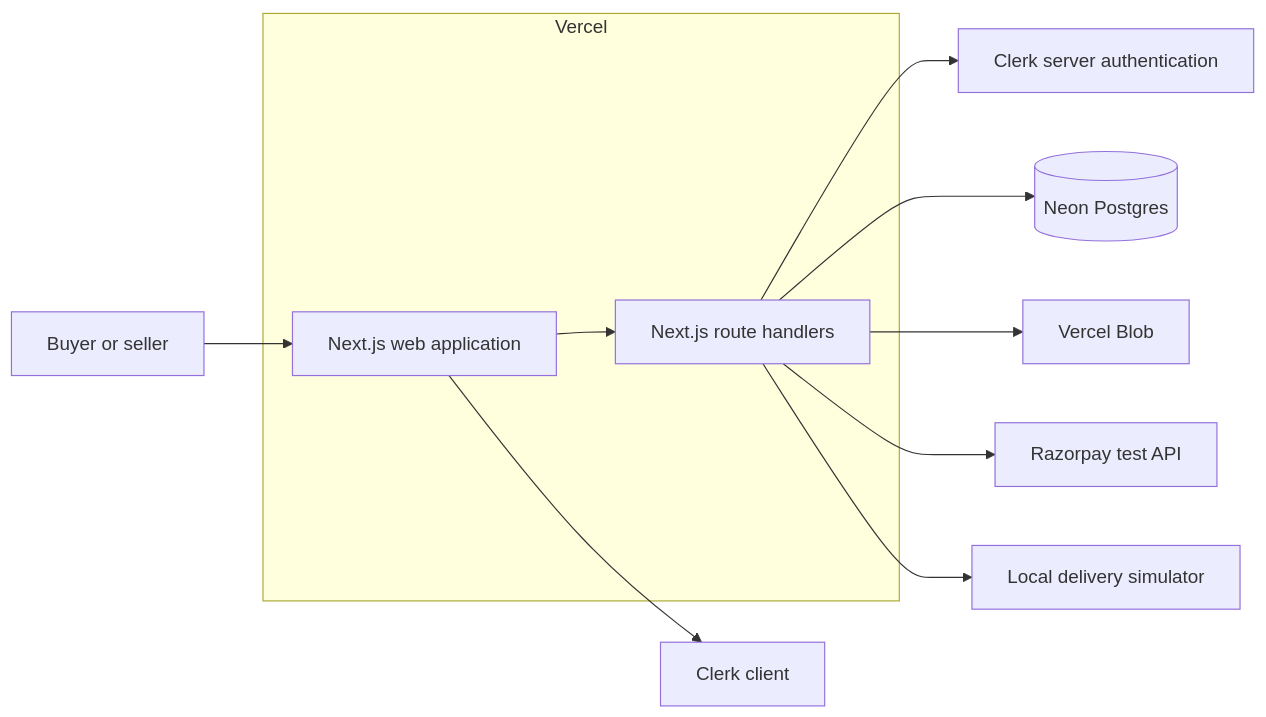
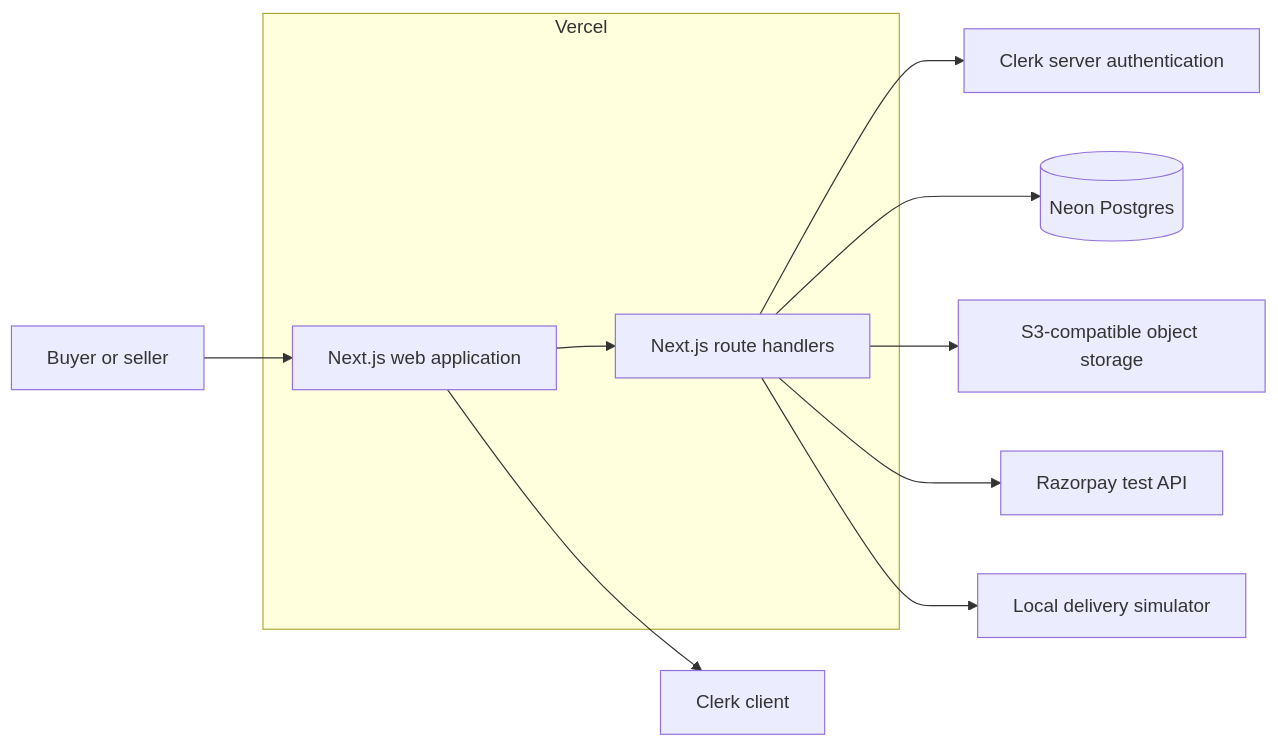
Before and after one commit to mhrj7/VyapaarCart: the first of 4 diagrams in README.md, drawn with Mermaid. The commit also changed other lines of this file and 11 other files, not shown here.

Commit message:
Use S3-compatible storage for listing images

````diff
--- a/README.md
+++ b/README.md
@@ -26,16 +26,16 @@
 ```mermaid
 flowchart LR
   U[Buyer or seller] --> W[Next.js web application]
   W --> A[Next.js route handlers]
   W --> C[Clerk client]
   A --> C2[Clerk server authentication]
   A --> D[(Neon Postgres)]
-  A --> B[Vercel Blob]
+  A --> B[S3-compatible object storage]
   A --> R[Razorpay test API]
   A --> S[Local delivery simulator]
 
   subgraph Vercel
     W
     A
   end
 ```
````
